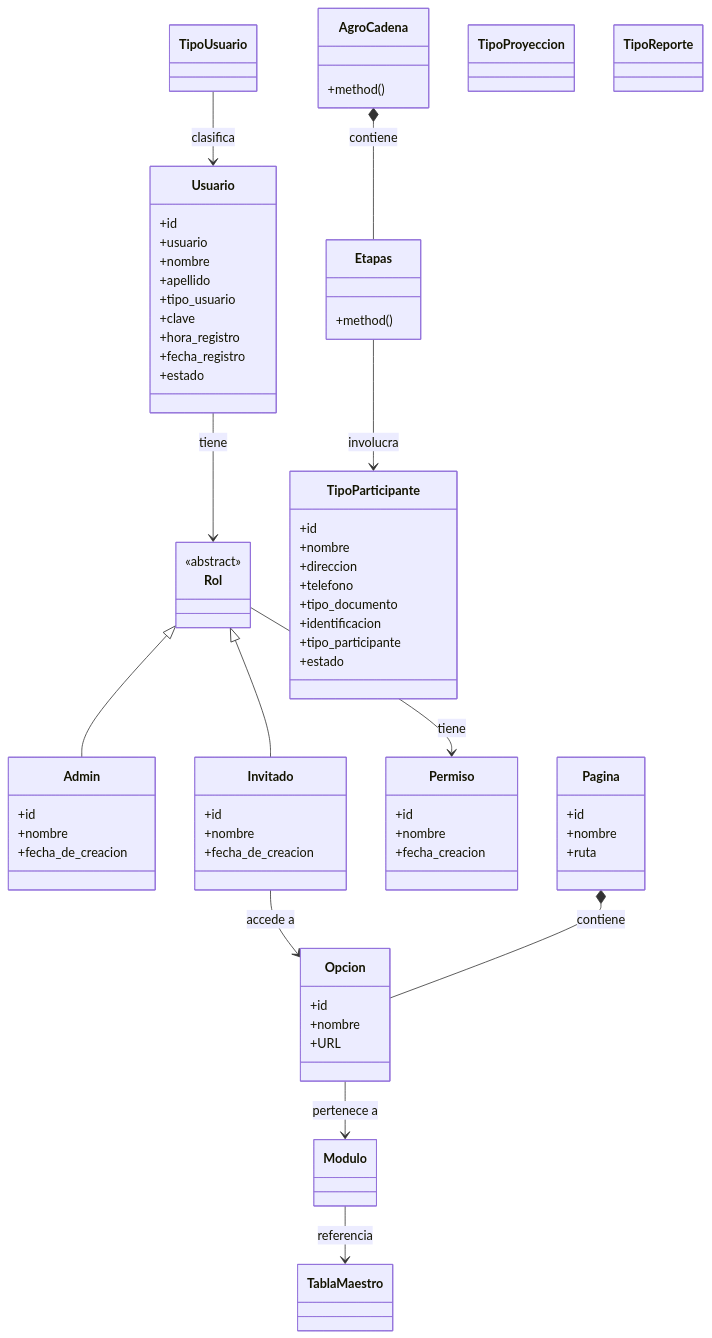
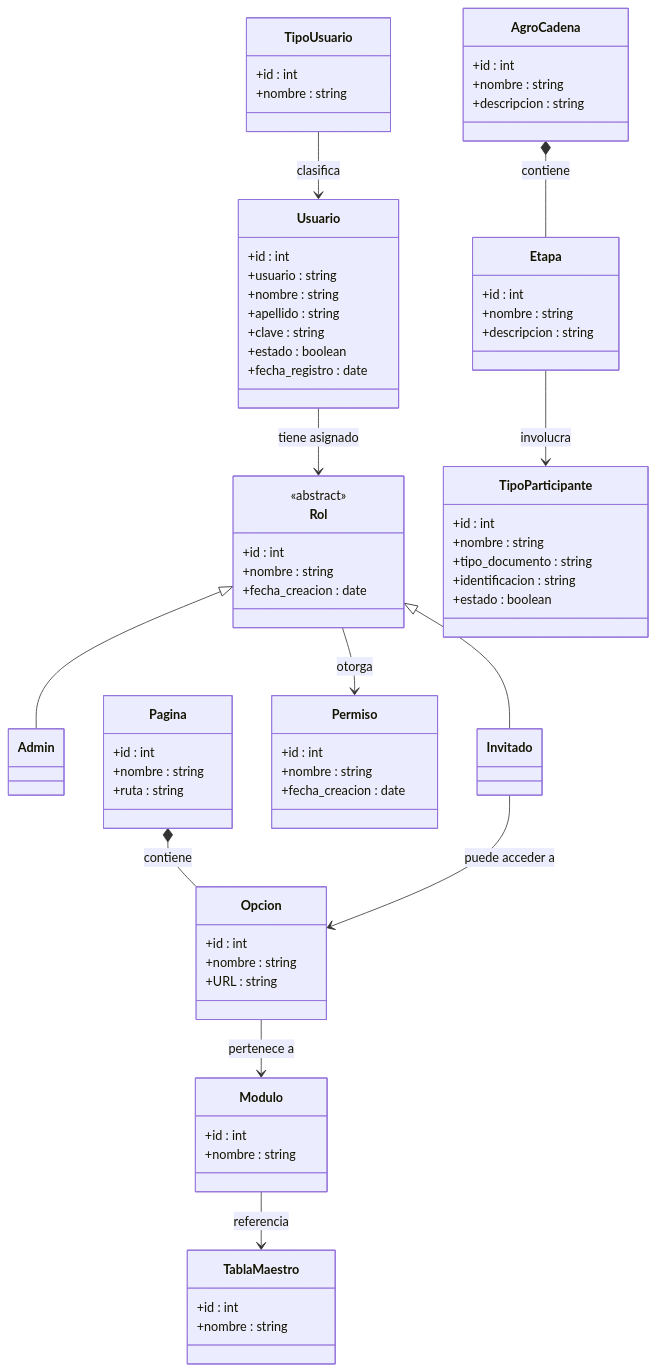
One commit to alejandrodgz/node-RED changed the diagram in docs/modelo_dominio.md. Above: the diagram before and after it, drawn with Mermaid. The commit also changed other lines of this file and 8 other files, not shown here.

````diff
--- a/docs/modelo_dominio.md
+++ b/docs/modelo_dominio.md
@@ -4,100 +4,103 @@
 classDiagram
     direction TB
 
+    %% ── GESTIÓN DE USUARIOS ──────────────────────────────
     class TipoUsuario {
+        +id : int
+        +nombre : string
     }
 
     class Usuario {
-        +id
-        +usuario
-        +nombre
-        +apellido
-        +tipo_usuario
-        +clave
-        +hora_registro
-        +fecha_registro
-        +estado
+        +id : int
+        +usuario : string
+        +nombre : string
+        +apellido : string
+        +clave : string
+        +estado : boolean
+        +fecha_registro : date
     }
 
+    %% ── CONTROL DE ACCESO ────────────────────────────────
     class Rol {
         <<abstract>>
+        +id : int
+        +nombre : string
+        +fecha_creacion : date
     }
 
     class Admin {
-        +id
-        +nombre
-        +fecha_de_creacion
     }
 
     class Invitado {
-        +id
-        +nombre
-        +fecha_de_creacion
     }
 
     class Permiso {
-        +id
-        +nombre
-        +fecha_creacion
+        +id : int
+        +nombre : string
+        +fecha_creacion : date
     }
 
+    %% ── NAVEGACIÓN ───────────────────────────────────────
     class Pagina {
-        +id
-        +nombre
-        +ruta
+        +id : int
+        +nombre : string
+        +ruta : string
     }
 
     class Opcion {
-        +id
-        +nombre
-        +URL
+        +id : int
+        +nombre : string
+        +URL : string
     }
 
     class Modulo {
+        +id : int
+        +nombre : string
     }
 
-    class TablaMaestro {
+    %% ── AGROCADENA ───────────────────────────────────────
+    class AgroCadena {
+        +id : int
+        +nombre : string
+        +descripcion : string
     }
 
-    class AgroCadena {
-        +method()
-    }
-
-    class Etapas {
-        +method()
+    class Etapa {
+        +id : int
+        +nombre : string
+        +descripcion : string
     }
 
     class TipoParticipante {
-        +id
-        +nombre
-        +direccion
-        +telefono
-        +tipo_documento
-        +identificacion
-        +tipo_participante
-        +estado
+        +id : int
+        +nombre : string
+        +tipo_documento : string
+        +identificacion : string
+        +estado : boolean
     }
 
-    class TipoProyeccion {
+    %% ── TABLAS MAESTRO ───────────────────────────────────
+    class TablaMaestro {
+        +id : int
+        +nombre : string
     }
 
-    class TipoReporte {
-    }
+    %% ── RELACIONES ───────────────────────────────────────
 
     %% Herencia
     Rol <|-- Admin
     Rol <|-- Invitado
 
+    %% Composición (el hijo no existe sin el padre)
+    AgroCadena *-- Etapa : contiene
+    Pagina *-- Opcion : contiene
+
     %% Asociaciones
     TipoUsuario --> Usuario : clasifica
-    Usuario --> Rol : tiene
-    Rol --> Permiso : tiene
-    Invitado --> Opcion : accede a
+    Usuario --> Rol : tiene asignado
+    Rol --> Permiso : otorga
+    Invitado --> Opcion : puede acceder a
     Opcion --> Modulo : pertenece a
     Modulo --> TablaMaestro : referencia
-    Etapas --> TipoParticipante : involucra
-
-    %% Composición
-    AgroCadena *-- Etapas : contiene
-    Pagina *-- Opcion : contiene
+    Etapa --> TipoParticipante : involucra
 ```
````
